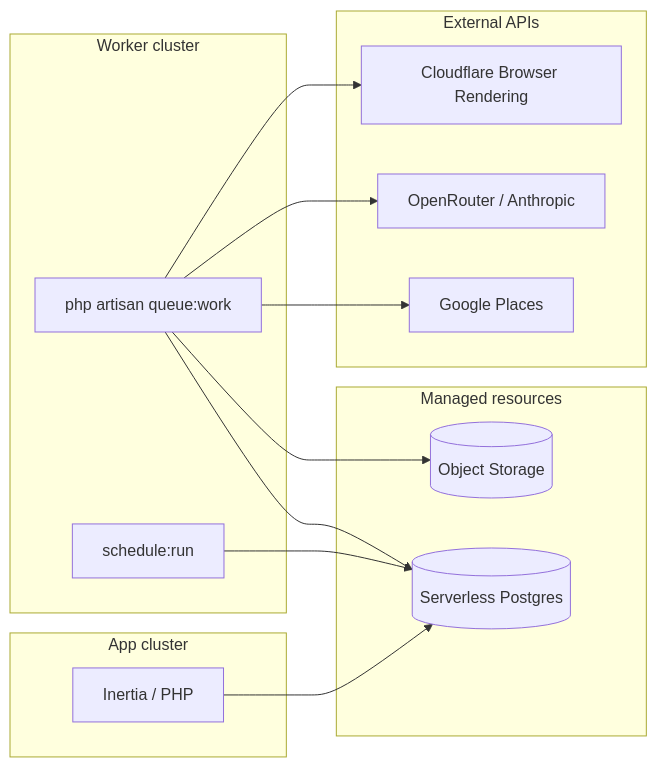
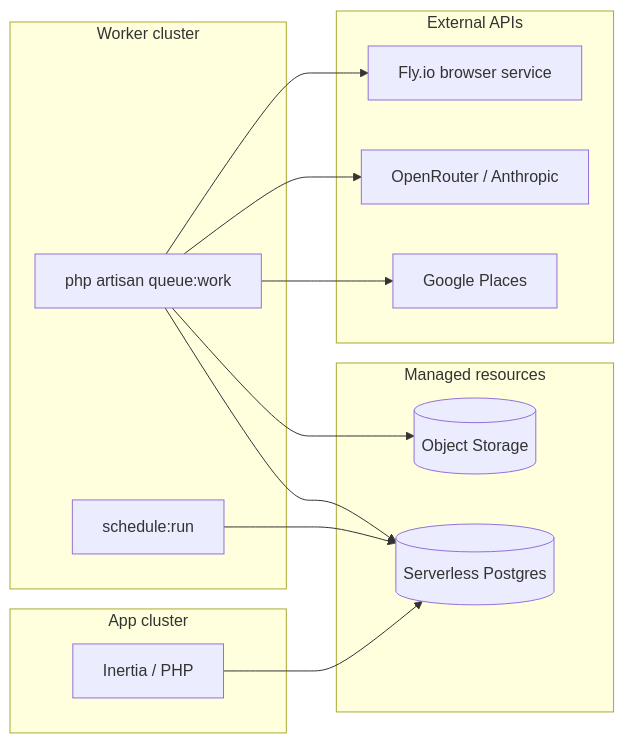
The first of 2 diagrams in docs/deployment/laravel-cloud.md (digitales/nthdesigns-scanner), drawn with Mermaid before and after one commit. The commit also changed other lines of this file and 1 other file, not shown here.

````diff
--- a/docs/deployment/laravel-cloud.md
+++ b/docs/deployment/laravel-cloud.md
@@ -9,30 +9,30 @@
 ```mermaid
 flowchart LR
     subgraph app [App cluster]
         Web[Inertia / PHP]
     end
 
     subgraph worker [Worker cluster]
         QueueWorker["php artisan queue:work"]
         Scheduler[schedule:run]
     end
 
     subgraph data [Managed resources]
         PG[(Serverless Postgres)]
         R2[(Object Storage)]
     end
 
     subgraph external [External APIs]
         Places[Google Places]
         Claude[OpenRouter / Anthropic]
-        CF[Cloudflare Browser Rendering]
+        FlyBrowser[Fly.io browser service]
     end
 
     Web --> PG
     QueueWorker --> PG
     QueueWorker --> R2
     QueueWorker --> Places
     QueueWorker --> Claude
-    QueueWorker --> CF
+    QueueWorker --> FlyBrowser
     Scheduler --> PG
 ```
````
